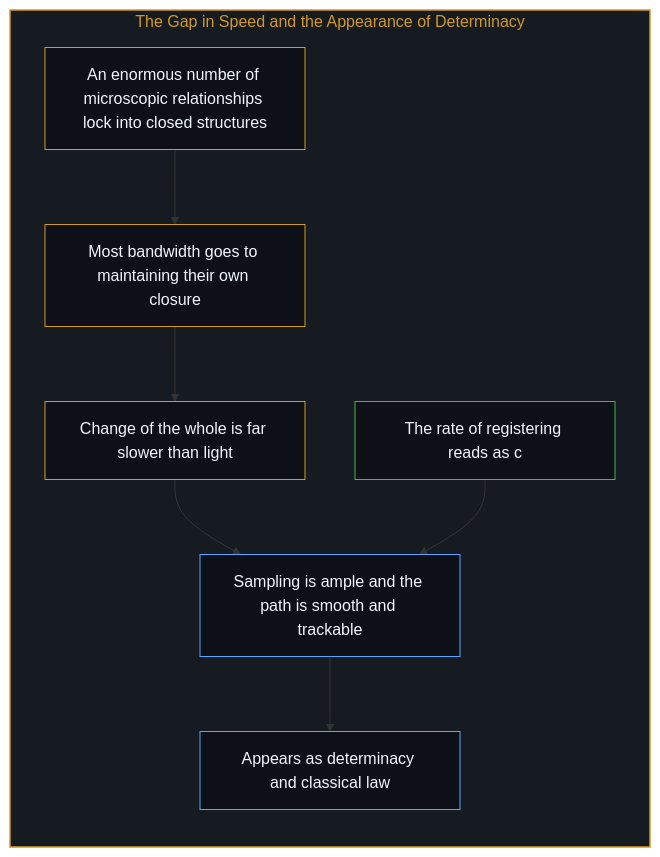
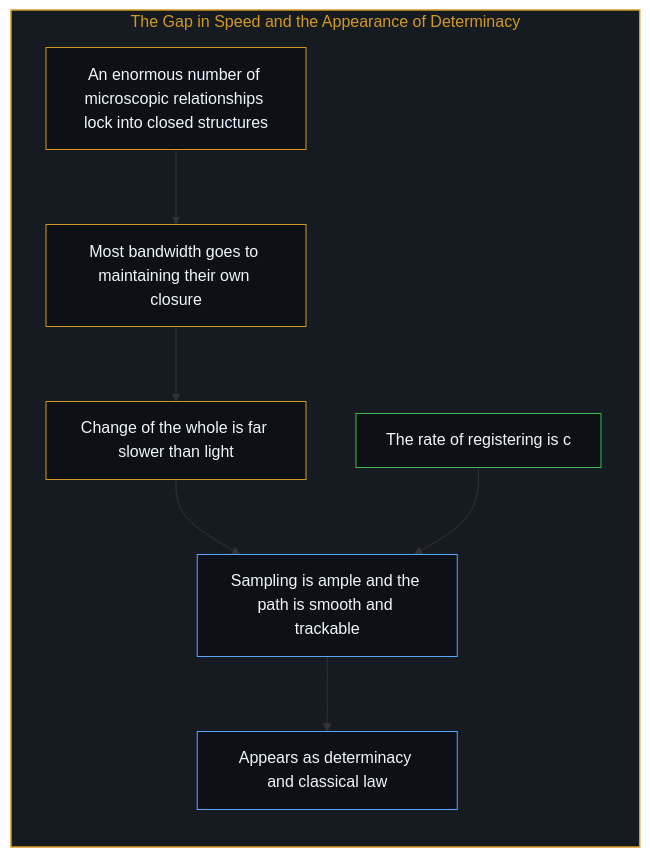
Before and after one commit to powerpig99/not-a-toe: the fourth of 12 diagrams in content/posts/when-electrons-think.md, drawn with Mermaid. The commit also changed other lines of this file and 27 other files, not shown here.

````diff
--- a/content/posts/when-electrons-think.md
+++ b/content/posts/when-electrons-think.md
@@ -119,25 +116,24 @@
 ```mermaid
 flowchart TD
     subgraph S_Slow["The Gap in Speed and the Appearance of Determinacy"]
         direction TB
         Bind["An enormous number of microscopic relationships lock into closed structures"]
         Inside["Most bandwidth goes to maintaining their own closure"]
         Slow["Change of the whole is far slower than light"]
-        Sample["The rate of registering reads as c"]
+        Sample["The rate of registering is c"]
         Smooth["Sampling is ample and the path is smooth and trackable"]
         Law["Appears as determinacy and classical law"]
         Bind --> Inside
         Inside --> Slow
         Slow --> Smooth
         Sample --> Smooth
         Smooth --> Law
     end
-
     style S_Slow fill:#161b22,stroke:#d29922,stroke-width:1.5px,color:#d29922
     style Bind fill:#0d1117,stroke:#d29922,stroke-width:1px,color:#f0f6fc
     style Inside fill:#0d1117,stroke:#d29922,stroke-width:1px,color:#f0f6fc
     style Slow fill:#0d1117,stroke:#d29922,stroke-width:1px,color:#f0f6fc
     style Sample fill:#0d1117,stroke:#3fb950,stroke-width:1px,color:#f0f6fc
     style Smooth fill:#0d1117,stroke:#58a6ff,stroke-width:1px,color:#f0f6fc
     style Law fill:#0d1117,stroke:#58a6ff,stroke-width:1px,color:#f0f6fc
 ```
````
